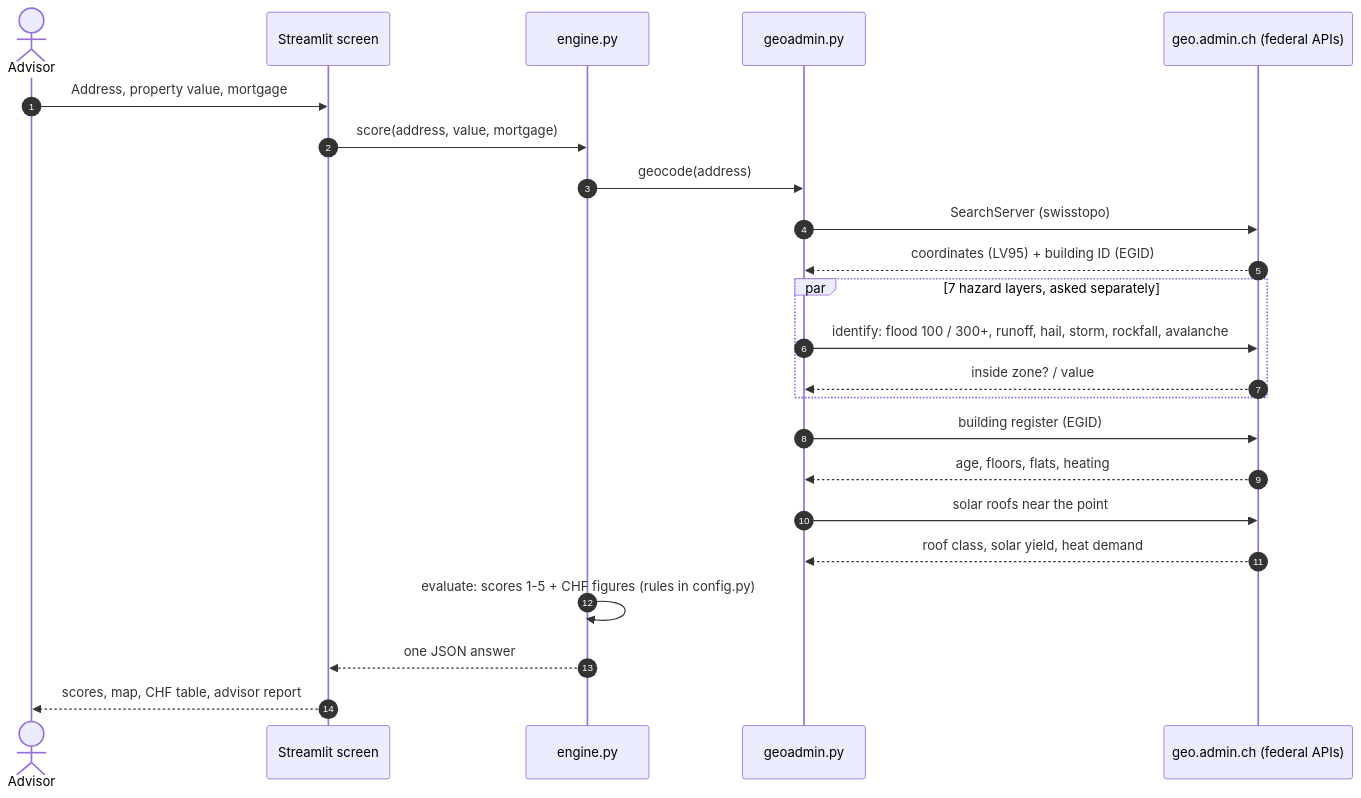
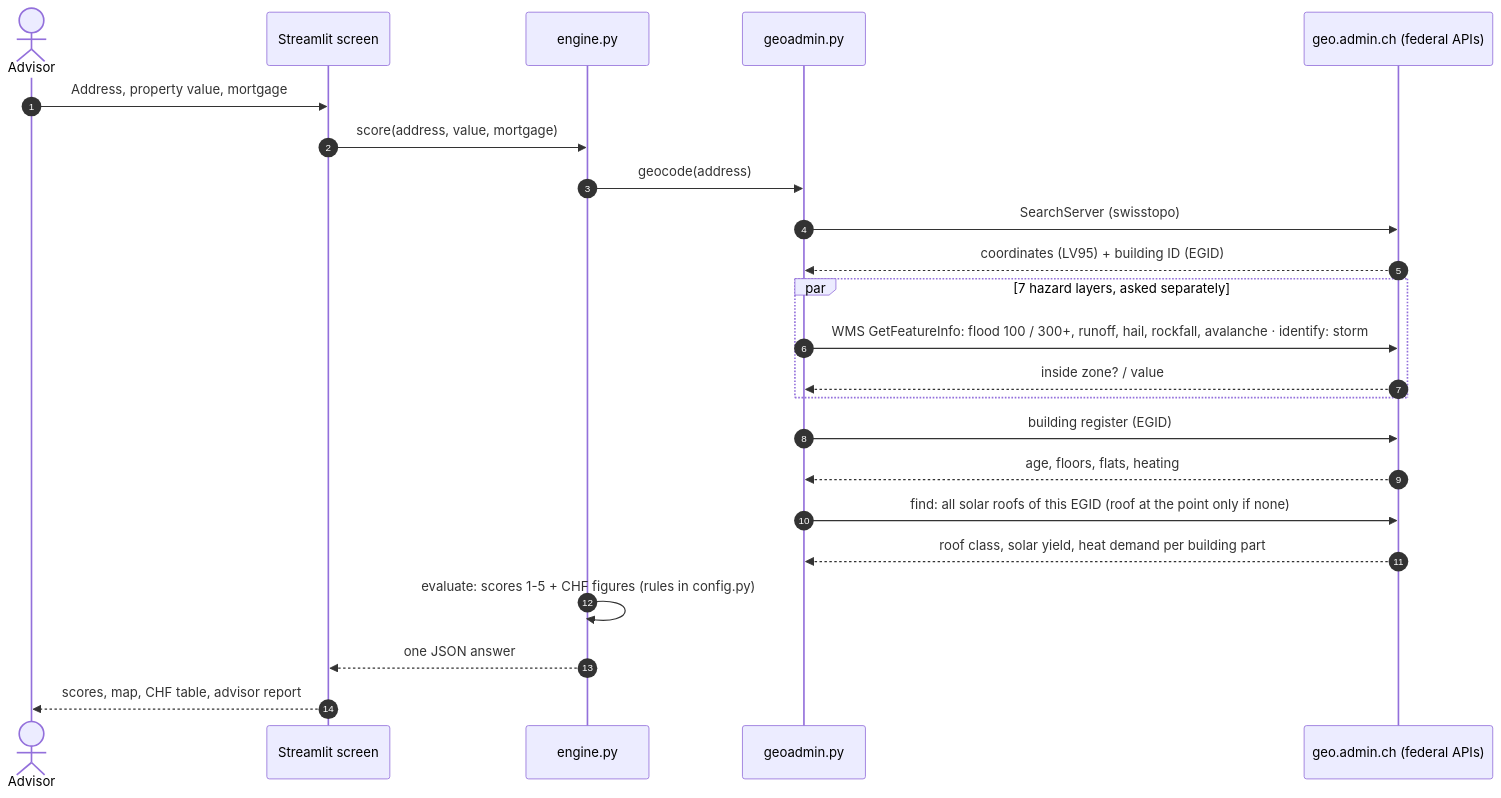
Before and after one commit to ArjunSingh48/Hypoclimate: the second of 2 diagrams in README.md, drawn with Mermaid. The commit also changed other lines of this file and 11 other files, not shown here.

Commit message:
Fix address matching and solar/heat data matching, tested on real federal data

````diff
--- a/README.md
+++ b/README.md
@@ -128,25 +128,25 @@
 ```mermaid
 sequenceDiagram
     autonumber
     actor A as Advisor
     participant UI as Streamlit screen
     participant E as engine.py
     participant G as geoadmin.py
     participant F as geo.admin.ch (federal APIs)
     A->>UI: Address, property value, mortgage
     UI->>E: score(address, value, mortgage)
     E->>G: geocode(address)
     G->>F: SearchServer (swisstopo)
     F-->>G: coordinates (LV95) + building ID (EGID)
     par 7 hazard layers, asked separately
-        G->>F: identify: flood 100 / 300+, runoff, hail, storm, rockfall, avalanche
+        G->>F: WMS GetFeatureInfo: flood 100 / 300+, runoff, hail, rockfall, avalanche · identify: storm
         F-->>G: inside zone? / value
     end
     G->>F: building register (EGID)
     F-->>G: age, floors, flats, heating
-    G->>F: solar roofs near the point
-    F-->>G: roof class, solar yield, heat demand
+    G->>F: find: all solar roofs of this EGID (roof at the point only if none)
+    F-->>G: roof class, solar yield, heat demand per building part
     E->>E: evaluate: scores 1-5 + CHF figures (rules in config.py)
     E-->>UI: one JSON answer
     UI-->>A: scores, map, CHF table, advisor report
 ```
````
